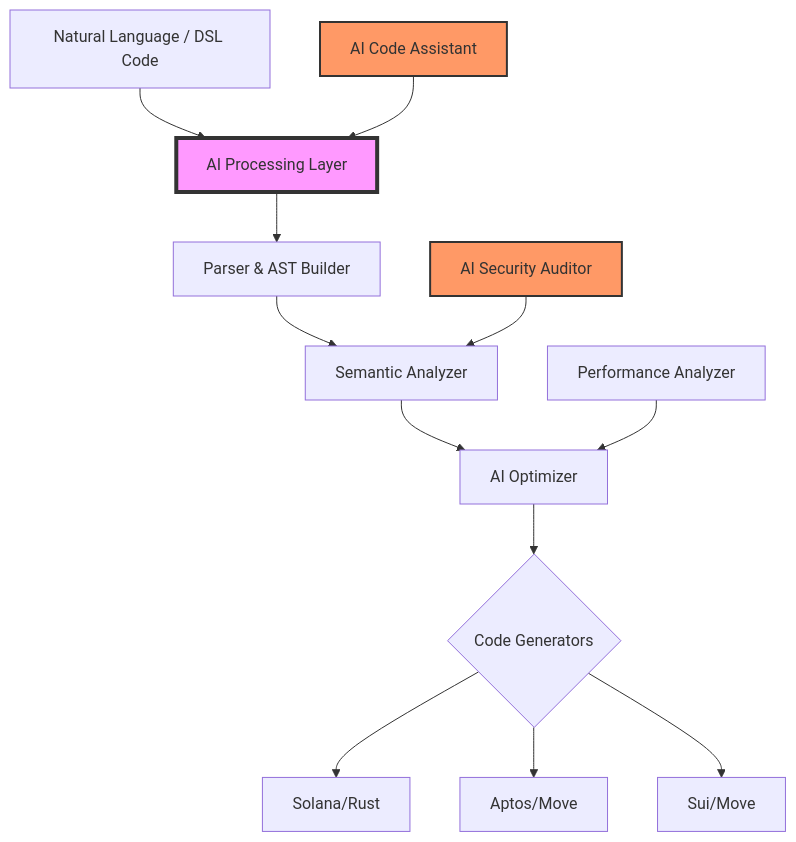
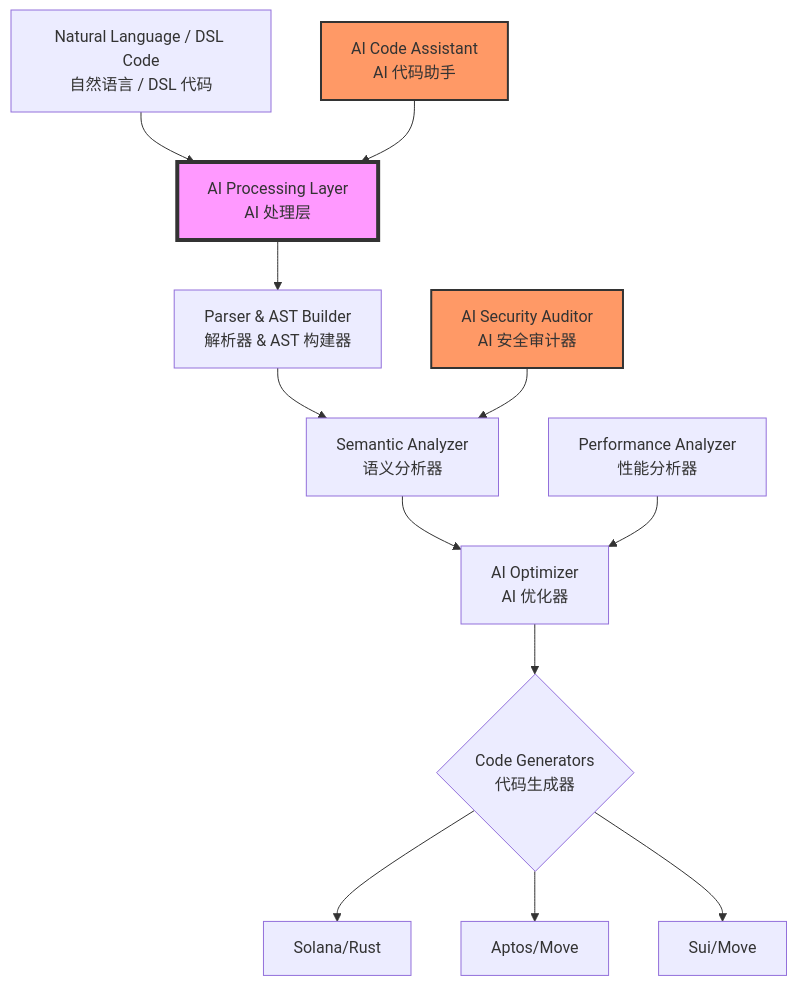
Before and after one commit to yiranlandtour/solana-move: the diagram in README.md, drawn with Mermaid. The commit also changed other lines of this file and 18 other files, not shown here.

````diff
--- a/README.md
+++ b/README.md
@@ -30,19 +34,19 @@
 ```mermaid
 graph TB
-    A[Natural Language / DSL Code] --> B[AI Processing Layer]
-    B --> C[Parser & AST Builder]
-    C --> D[Semantic Analyzer]
-    D --> E[AI Optimizer]
-    E --> F{Code Generators}
+    A[Natural Language / DSL Code<br/>自然语言 / DSL 代码] --> B[AI Processing Layer<br/>AI 处理层]
+    B --> C[Parser & AST Builder<br/>解析器 & AST 构建器]
+    C --> D[Semantic Analyzer<br/>语义分析器]
+    D --> E[AI Optimizer<br/>AI 优化器]
+    E --> F{Code Generators<br/>代码生成器}
     F --> G[Solana/Rust]
     F --> H[Aptos/Move]
     F --> I[Sui/Move]
     
-    J[AI Security Auditor] --> D
-    K[AI Code Assistant] --> B
-    L[Performance Analyzer] --> E
+    J[AI Security Auditor<br/>AI 安全审计器] --> D
+    K[AI Code Assistant<br/>AI 代码助手] --> B
+    L[Performance Analyzer<br/>性能分析器] --> E
     
     style B fill:#f9f,stroke:#333,stroke-width:4px
     style J fill:#f96,stroke:#333,stroke-width:2px
     style K fill:#f96,stroke:#333,stroke-width:2px
 ```
````
